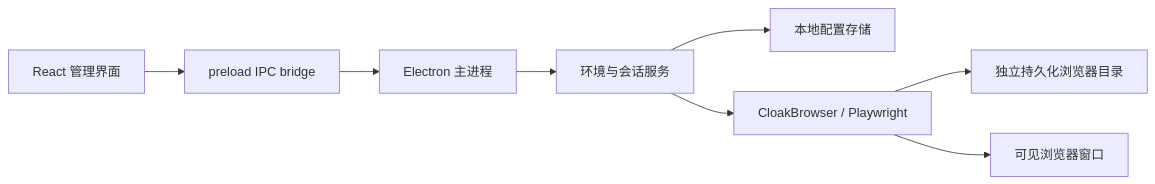
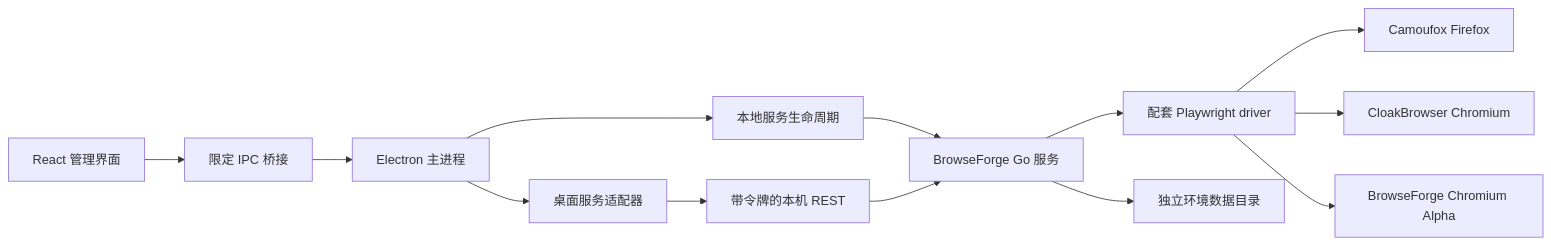
One commit to ink-scholar/Envara changed the diagram in docs/architecture.md. Above: the diagram before and after it, drawn with Mermaid. The commit also changed other lines of this file and 103 other files, not shown here.

Commit message:
Build local multi-engine Envara desktop candidate with BrowseForge

````diff
--- a/docs/architecture.md
+++ b/docs/architecture.md
@@ -5,10 +5,15 @@
-```mermaid
+~~~mermaid
 flowchart LR
-  UI[React 管理界面] --> Bridge[preload IPC bridge]
+  UI[React 管理界面] --> Bridge[限定 IPC 桥接]
   Bridge --> Main[Electron 主进程]
-  Main --> Service[环境与会话服务]
-  Service --> Store[本地配置存储]
-  Service --> Runtime[CloakBrowser / Playwright]
-  Runtime --> Profiles[独立持久化浏览器目录]
-  Runtime --> Browser[可见浏览器窗口]
-```
+  Main --> Adapter[桌面服务适配器]
+  Main --> Manager[本地服务生命周期]
+  Adapter --> Client[带令牌的本机 REST]
+  Manager --> Sidecar[BrowseForge Go 服务]
+  Client --> Sidecar
+  Sidecar --> Driver[配套 Playwright driver]
+  Driver --> Firefox[Camoufox Firefox]
+  Driver --> Cloak[CloakBrowser Chromium]
+  Driver --> Alpha[BrowseForge Chromium Alpha]
+  Sidecar --> Profiles[独立环境数据目录]
+~~~
````
